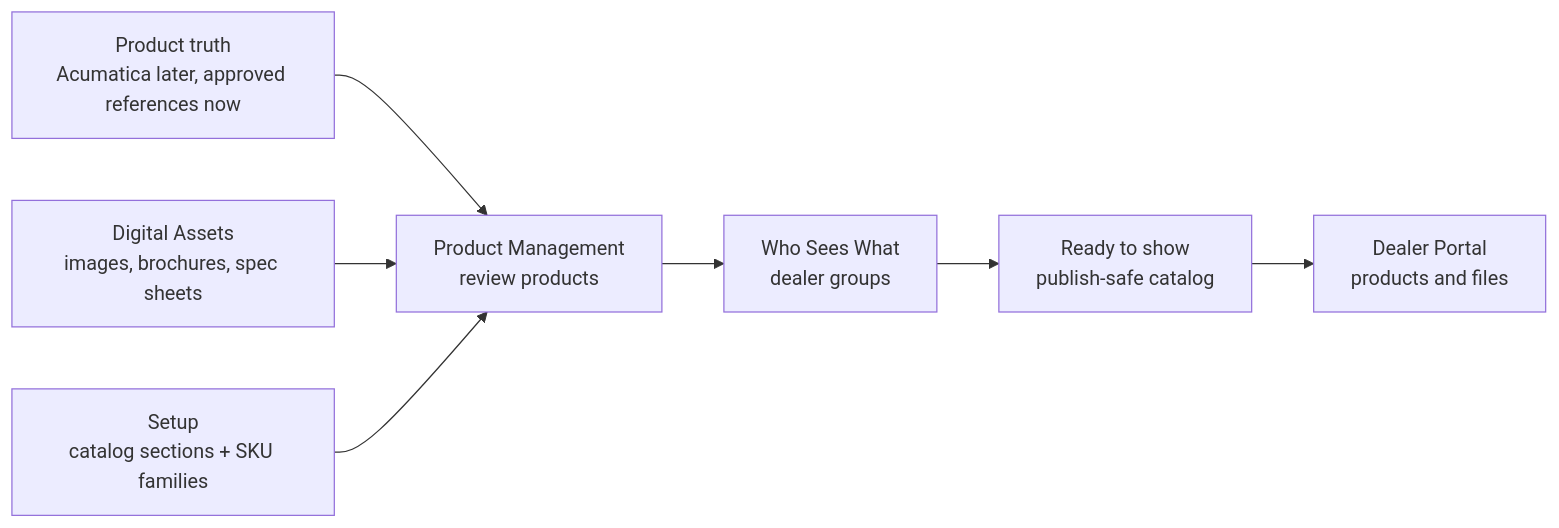
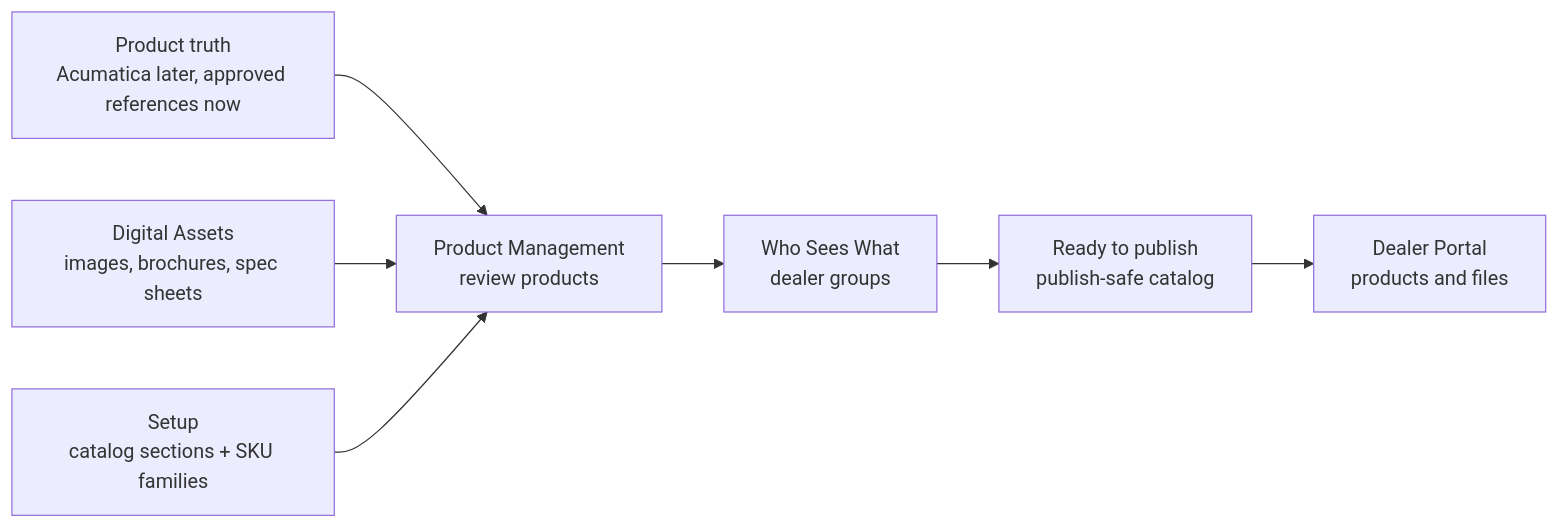
The first of 8 diagrams in docs/PRODUCT_MANAGEMENT_END_TO_END_PRD_2026-05-01.md (ahmadhassan91/dynamic-aqs-pulse-platform), drawn with Mermaid before and after one commit. The commit also changed other lines of this file and 11 other files, not shown here.

Commit message:
Clarify product publish readiness flow

````diff
--- a/docs/PRODUCT_MANAGEMENT_END_TO_END_PRD_2026-05-01.md
+++ b/docs/PRODUCT_MANAGEMENT_END_TO_END_PRD_2026-05-01.md
@@ -35,9 +35,9 @@
 ```mermaid
 flowchart LR
     A["Product truth<br/>Acumatica later, approved references now"] --> B["Product Management<br/>review products"]
     C["Digital Assets<br/>images, brochures, spec sheets"] --> B
     D["Setup<br/>catalog sections + SKU families"] --> B
     B --> E["Who Sees What<br/>dealer groups"]
-    E --> F["Ready to show<br/>publish-safe catalog"]
+    E --> F["Ready to publish<br/>publish-safe catalog"]
     F --> G["Dealer Portal<br/>products and files"]
 ```
````
